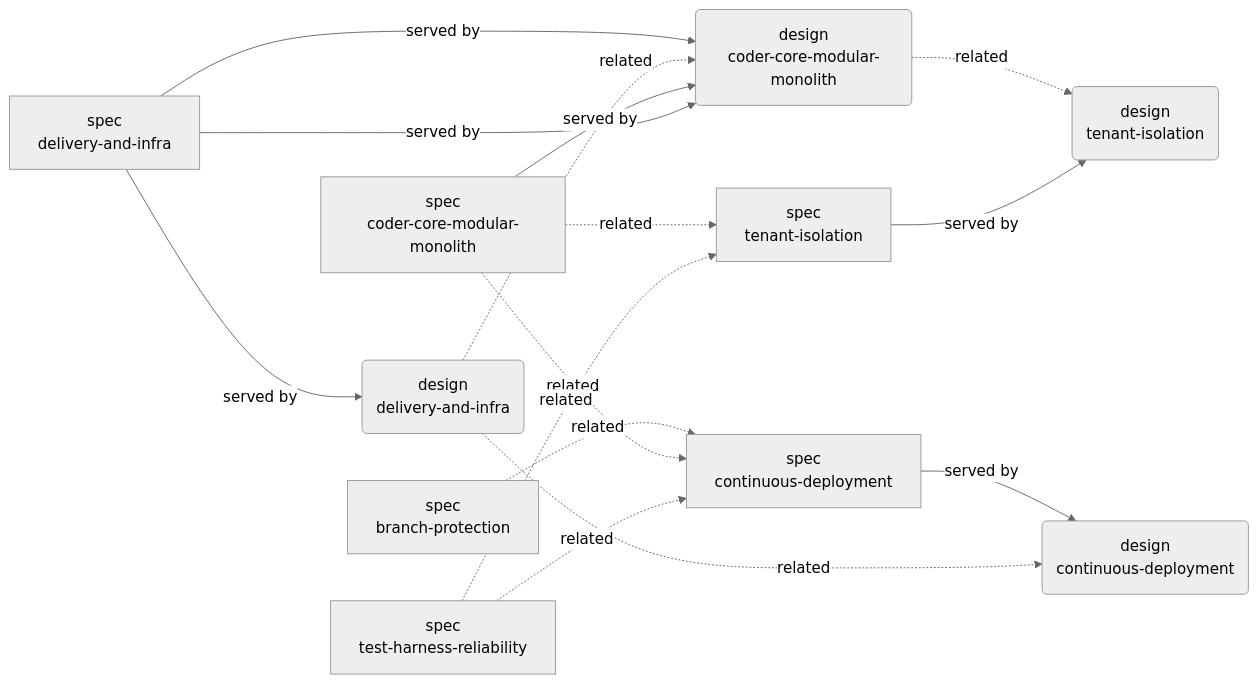
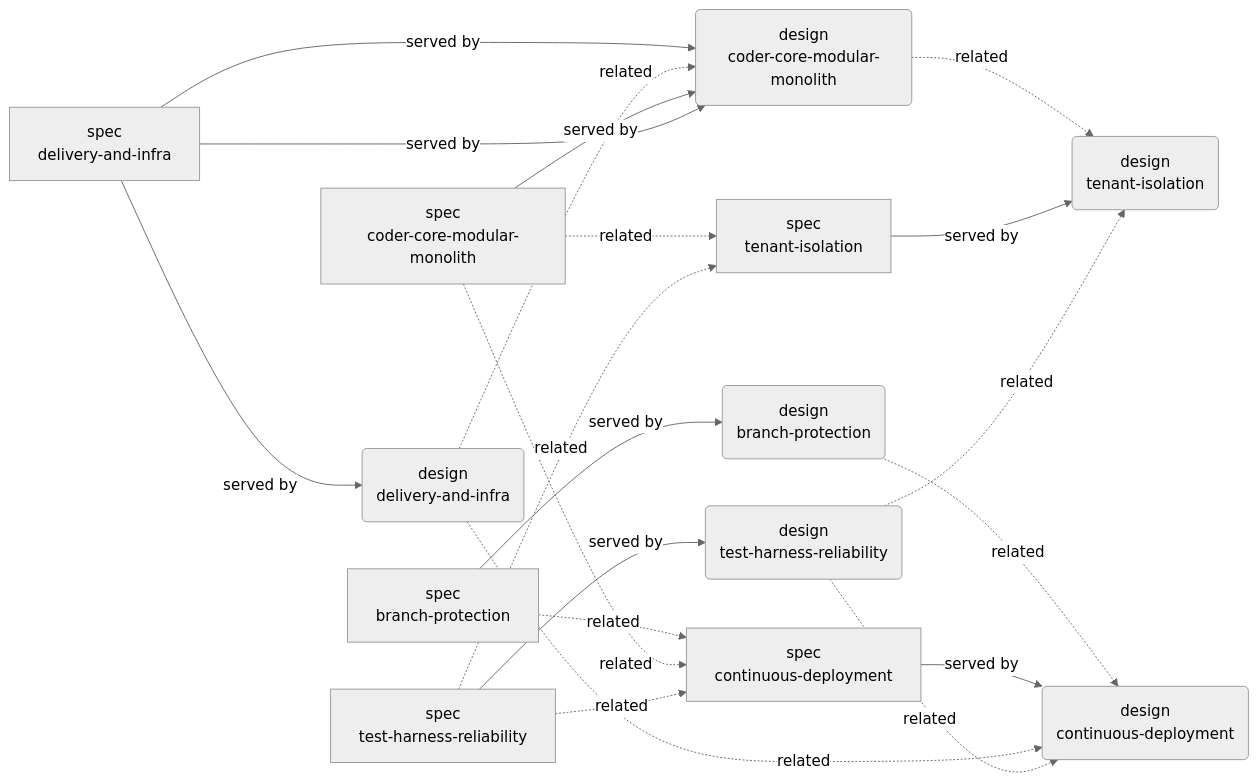
One commit to coder-devx/coder-system changed the fifth of 6 diagrams in system/GRAPH.md. Above: the diagram before and after it, drawn with Mermaid (neutral theme). The commit also changed other lines of this file and 32 other files, not shown here.

````diff
--- a/system/GRAPH.md
+++ b/system/GRAPH.md
@@ -374,27 +406,34 @@
 ```mermaid
 flowchart LR
-  n000("design<br/>coder-core-modular-monolith")
-  n001("design<br/>continuous-deployment")
-  n002("design<br/>delivery-and-infra")
-  n003("design<br/>tenant-isolation")
-  n004["spec<br/>branch-protection"]
-  n005["spec<br/>coder-core-modular-monolith"]
-  n006["spec<br/>continuous-deployment"]
-  n007["spec<br/>delivery-and-infra"]
-  n008["spec<br/>tenant-isolation"]
-  n009["spec<br/>test-harness-reliability"]
-  n007 -->|served by| n000
-  n000 -.->|related| n003
-  n006 -->|served by| n001
-  n007 -->|served by| n002
-  n002 -.->|related| n000
-  n002 -.->|related| n001
-  n008 -->|served by| n003
-  n004 -.->|related| n006
-  n005 -->|served by| n000
-  n005 -.->|related| n006
-  n005 -.->|related| n008
-  n007 -->|served by| n000
-  n009 -.->|related| n006
-  n009 -.->|related| n008
+  n000("design<br/>branch-protection")
+  n001("design<br/>coder-core-modular-monolith")
+  n002("design<br/>continuous-deployment")
+  n003("design<br/>delivery-and-infra")
+  n004("design<br/>tenant-isolation")
+  n005("design<br/>test-harness-reliability")
+  n006["spec<br/>branch-protection"]
+  n007["spec<br/>coder-core-modular-monolith"]
+  n008["spec<br/>continuous-deployment"]
+  n009["spec<br/>delivery-and-infra"]
+  n010["spec<br/>tenant-isolation"]
+  n011["spec<br/>test-harness-reliability"]
+  n006 -->|served by| n000
+  n000 -.->|related| n002
+  n009 -->|served by| n001
+  n001 -.->|related| n004
+  n008 -->|served by| n002
+  n009 -->|served by| n003
+  n003 -.->|related| n001
+  n003 -.->|related| n002
+  n010 -->|served by| n004
+  n011 -->|served by| n005
+  n005 -.->|related| n002
+  n005 -.->|related| n004
+  n006 -.->|related| n008
+  n007 -->|served by| n001
+  n007 -.->|related| n008
+  n007 -.->|related| n010
+  n009 -->|served by| n001
+  n011 -.->|related| n008
+  n011 -.->|related| n010
 ```
````
